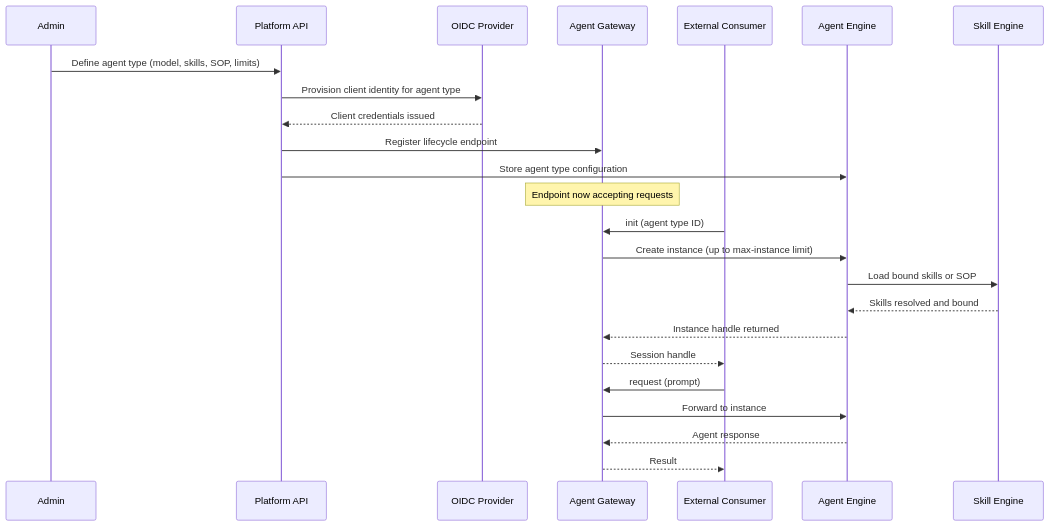
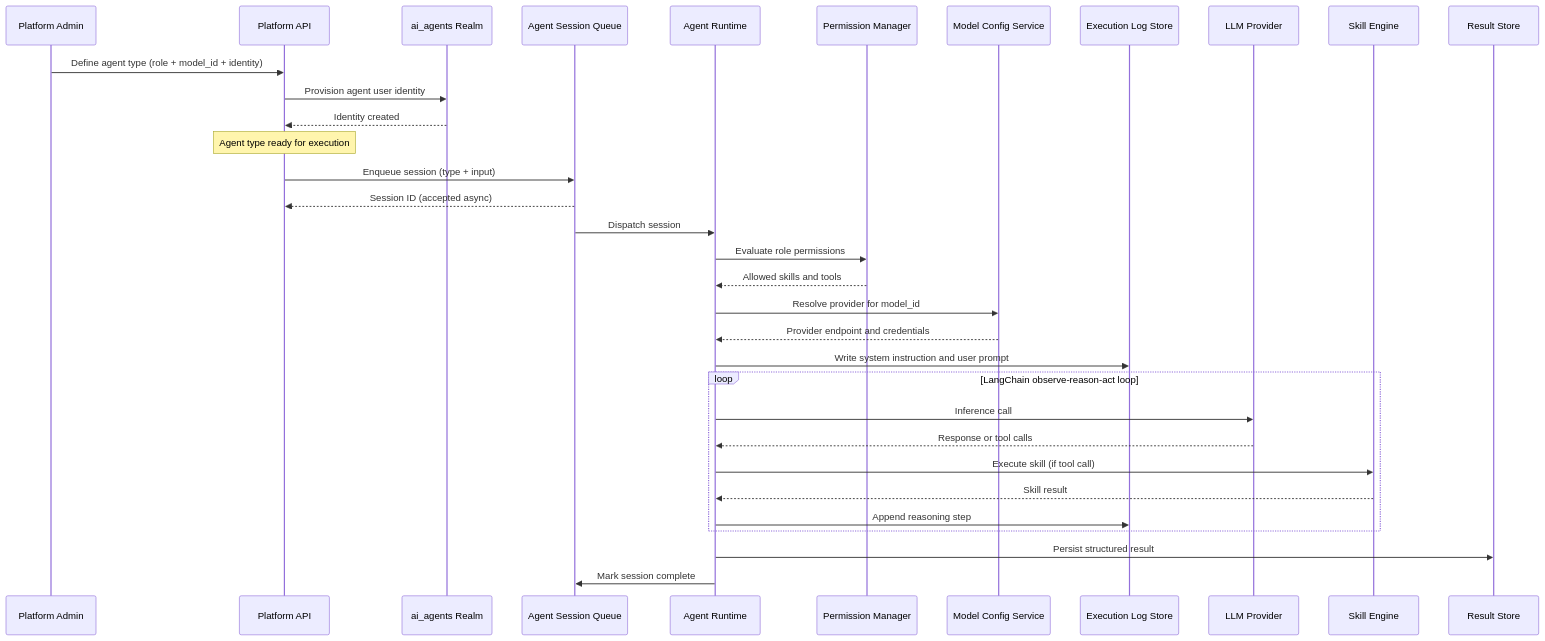
Before and after one commit to hurungang/parthenon: the diagram in docs/master/architecture/modules/agent-lifecycle.md, drawn with Mermaid. The commit also changed other lines of this file and 175 other files, not shown here.

````diff
--- a/docs/master/architecture/modules/agent-lifecycle.md
+++ b/docs/master/architecture/modules/agent-lifecycle.md
@@ -9,27 +9,37 @@
 ```mermaid
 sequenceDiagram
-    participant Admin as Admin
+    participant Admin as Platform Admin
     participant API as Platform API
-    participant OIDC as OIDC Provider
-    participant AGW as Agent Gateway
-    participant Con as External Consumer
-    participant AE as Agent Engine
+    participant IdP as ai_agents Realm
+    participant AJQ as Agent Session Queue
+    participant AR as Agent Runtime
+    participant APM as Permission Manager
+    participant MCS as Model Config Service
+    participant ELS as Execution Log Store
+    participant LLM as LLM Provider
     participant SE as Skill Engine
+    participant RS as Result Store
 
-    Admin->>API: Define agent type (model, skills, SOP, limits)
-    API->>OIDC: Provision client identity for agent type
-    OIDC-->>API: Client credentials issued
-    API->>AGW: Register lifecycle endpoint
-    API->>AE: Store agent type configuration
-    Note over AGW: Endpoint now accepting requests
-    Con->>AGW: init (agent type ID)
-    AGW->>AE: Create instance (up to max-instance limit)
-    AE->>SE: Load bound skills or SOP
-    SE-->>AE: Skills resolved and bound
-    AE-->>AGW: Instance handle returned
-    AGW-->>Con: Session handle
-    Con->>AGW: request (prompt)
-    AGW->>AE: Forward to instance
-    AE-->>AGW: Agent response
-    AGW-->>Con: Result
+    Admin->>API: Define agent type (role + model_id + identity)
+    API->>IdP: Provision agent user identity
+    IdP-->>API: Identity created
+    Note over API: Agent type ready for execution
+
+    API->>AJQ: Enqueue session (type + input)
+    AJQ-->>API: Session ID (accepted async)
+    AJQ->>AR: Dispatch session
+    AR->>APM: Evaluate role permissions
+    APM-->>AR: Allowed skills and tools
+    AR->>MCS: Resolve provider for model_id
+    MCS-->>AR: Provider endpoint and credentials
+    AR->>ELS: Write system instruction and user prompt
+    loop LangChain observe-reason-act loop
+        AR->>LLM: Inference call
+        LLM-->>AR: Response or tool calls
+        AR->>SE: Execute skill (if tool call)
+        SE-->>AR: Skill result
+        AR->>ELS: Append reasoning step
+    end
+    AR->>RS: Persist structured result
+    AR->>AJQ: Mark session complete
 ```
````
